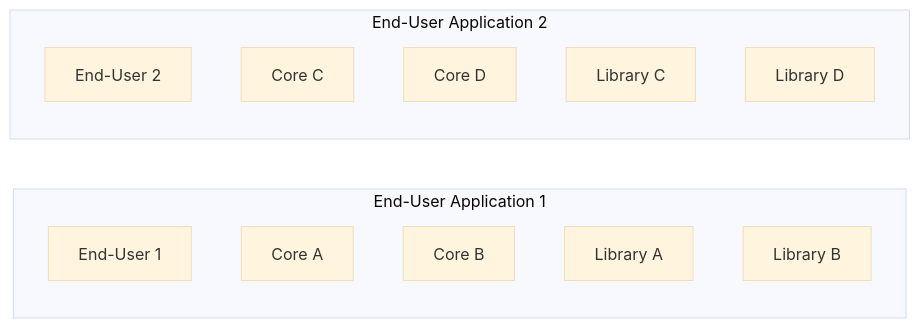
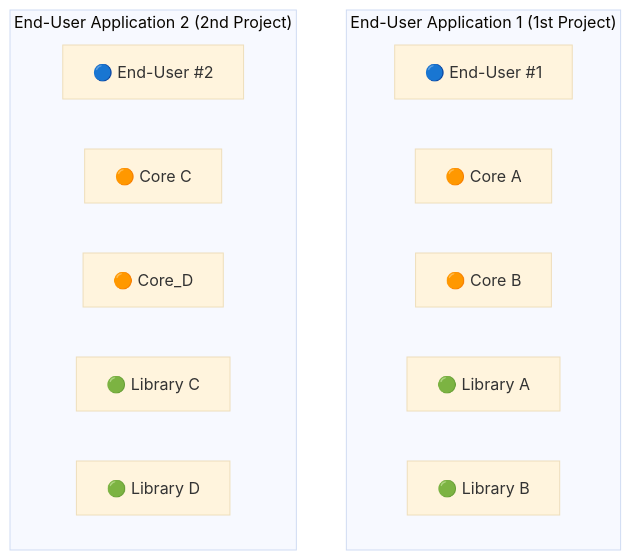
One commit to kckworld/outsystems_study changed the third of 5 diagrams in Architecture Specialist (O11)/04_Chapter5_Application_Composition.md. Above: the diagram before and after it, drawn with Mermaid (base theme). The commit also changed other lines of this file and 5 other files, not shown here.

````diff
--- a/Architecture Specialist (O11)/04_Chapter5_Application_Composition.md
+++ b/Architecture Specialist (O11)/04_Chapter5_Application_Composition.md
@@ -103,18 +140,13 @@
 ```mermaid
-graph LR
-  subgraph End-User Application 1
-    EU1[End-User 1]
-    CoreA[Core A]
-    CoreB[Core B]
-    LibA[Library A]
-    LibB[Library B]
+graph TD
+  subgraph App1["End-User Application 1 (1st Project)"]
+    EU1["🔵 End-User #1"]
+    CA["🟠 Core A"] & CB["🟠 Core B"]
+    LA["🟢 Library A"] & LB["🟢 Library B"]
   end
-
-  subgraph End-User Application 2
-    EU2[End-User 2]
-    CoreC[Core C]
-    CoreD[Core D]
-    LibC[Library C]
-    LibD[Library D]
+  subgraph App2["End-User Application 2 (2nd Project)"]
+    EU2["🔵 End-User #2"]
+    CC["🟠 Core C"] & CD["🟠 Core_D"]
+    LC["🟢 Library C"] & LD["🟢 Library D"]
   end
 ```
````
